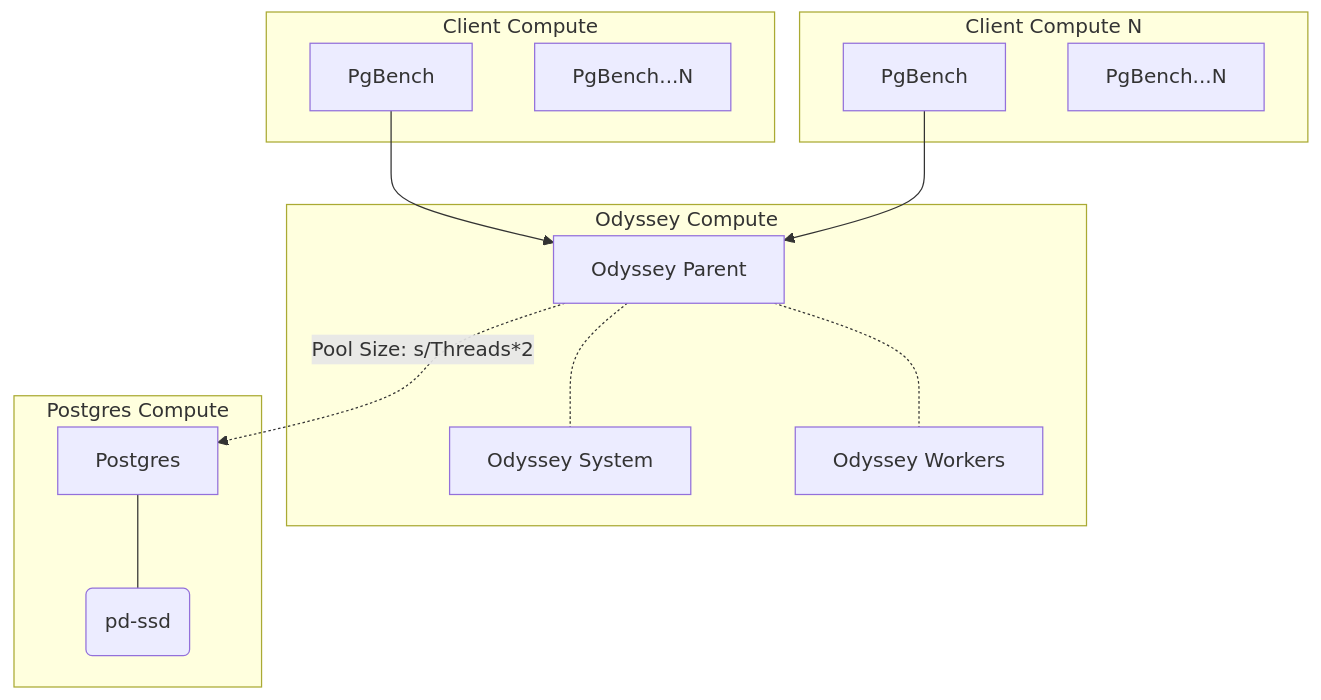
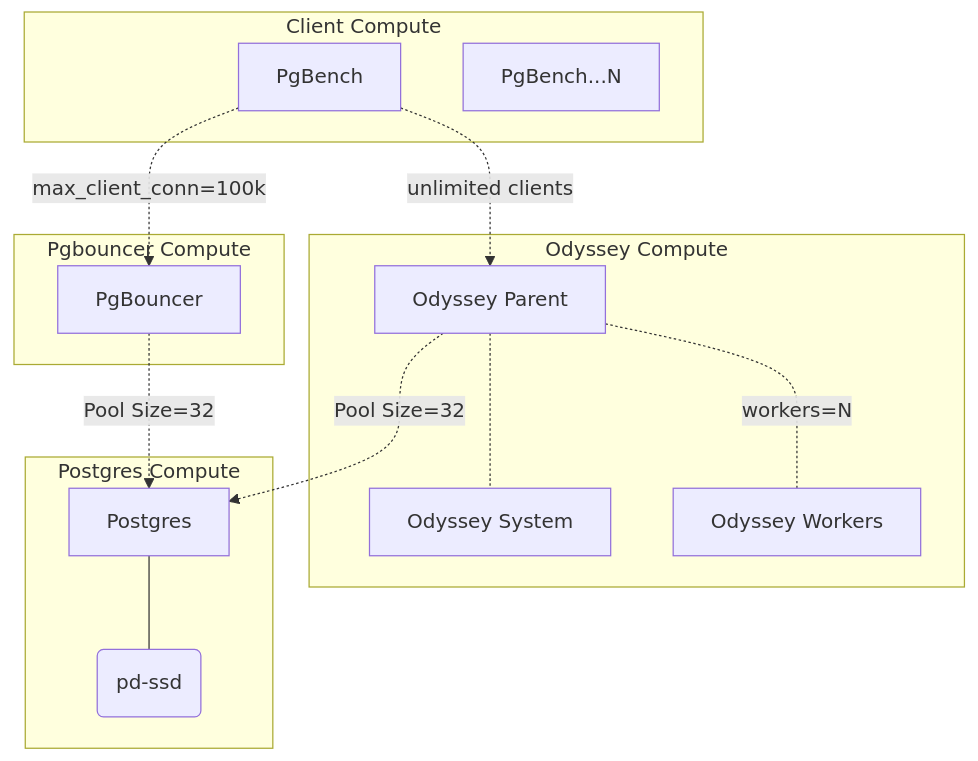
One commit to 3manuek/exhausting_pools changed the diagram in README.md. Above: the diagram before and after it, drawn with Mermaid. The commit also changed other lines of this file and 3 other files, not shown here.

Commit message:
Fixes on pgbouncer and odyssey startup

````diff
--- a/README.md
+++ b/README.md
@@ -13,25 +18,25 @@
 ```mermaid
 graph TB
-    odysseyp["Odyssey"] -.  Pool Size: s/Threads*2  .-> Postgres
-    pgbench["PgBench"] --> odysseyp
-    pgbenchN["PgBench"] --> odysseyp
+    odysseyp["Odyssey"] -. Pool Size=32 .-> Postgres
+    pgbouncer["PgBouncer"] -. Pool Size=32 .-> Postgres
+    pgbench["PgBench"] -. unlimited clients .-> odysseyp
+    pgbench["PgBench"] -. max_client_conn=100k .-> pgbouncer
 
     subgraph CLI["Client Compute"]
         pgbench["PgBench"]
         pgbench_N["PgBench...N"]
     end
-    subgraph CLN["Client Compute N"]
-        pgbenchN["PgBench"]
-        pgbenchN_N["PgBench...N"]
+    subgraph PGB["Pgbouncer Compute"]
+        pgbouncer["PgBouncer"]
     end
     subgraph ODY["Odyssey Compute"]
         odysseyp["Odyssey Parent"] -.- odysseysys
-        odysseyp["Odyssey Parent"] -.- odysseyworkerN
+        odysseyp["Odyssey Parent"] -. workers=N .- odysseyworkerN
         odysseysys["Odyssey System"]
         odysseyworkerN["Odyssey Workers"]
     end
     subgraph PG["Postgres Compute"]
         Postgres
         Postgres --- disk("pd-ssd")
     end
 ```
````
